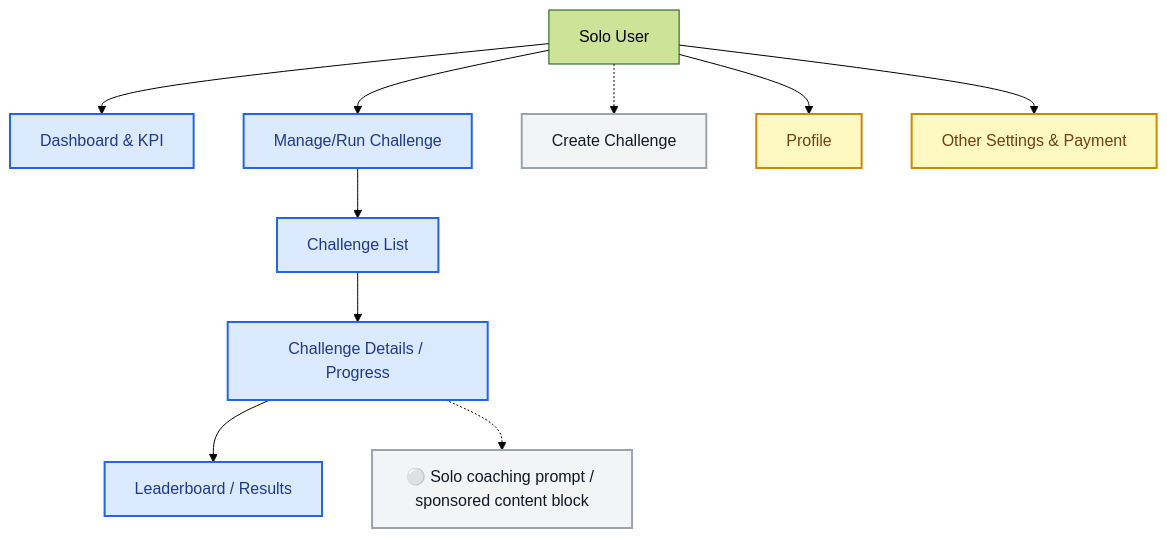
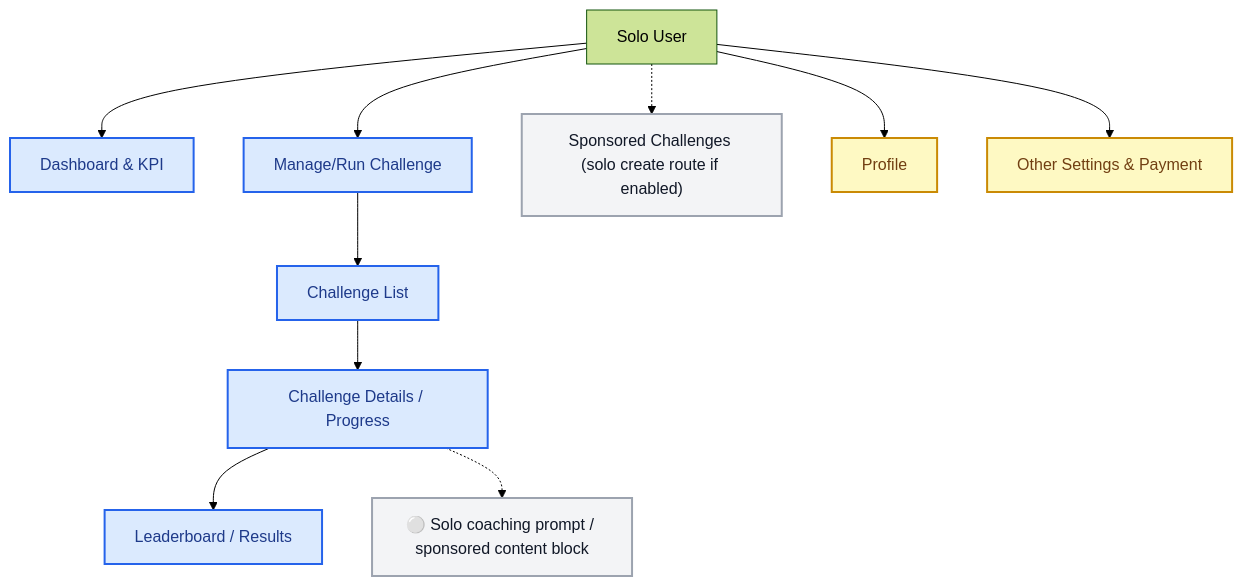
Before and after one commit to jonhazeltine/compass-kpi: diagram 11 of 12 in docs/spec/appendix/INTENDED_WIRING_DIAGRAM.md, drawn with Mermaid (forest theme). The commit also changed other lines of this file and 4 other files, not shown here.

````diff
--- a/docs/spec/appendix/INTENDED_WIRING_DIAGRAM.md
+++ b/docs/spec/appendix/INTENDED_WIRING_DIAGRAM.md
@@ -400,22 +403,22 @@
 ```mermaid
 flowchart TD
   S["Solo User"] --> SD["Dashboard & KPI"]
   S --> SC["Manage/Run Challenge"]
-  S -.-> SCP["Create Challenge"]
+  S -.-> SCP["Sponsored Challenges (solo create route if enabled)"]
   S --> SP["Profile"]
   S --> SS["Other Settings & Payment"]
 
   SC --> SCL["Challenge List"]
   SCL --> SCD["Challenge Details / Progress"]
   SCD --> SCB["Leaderboard / Results"]
   SCD -.-> SCN["⚪ Solo coaching prompt / sponsored content block"]
 
   classDef mvp fill:#dbeafe,stroke:#2563eb,color:#1e3a8a,stroke-width:2px;
   classDef prod fill:#dcfce7,stroke:#16a34a,color:#14532d,stroke-width:2px;
   classDef framed fill:#fef9c3,stroke:#ca8a04,color:#713f12,stroke-width:2px;
   classDef missing fill:#f3f4f6,stroke:#9ca3af,color:#111827,stroke-width:2px;
 
   class SD,SC,SCL,SCD,SCB mvp;
   class SP,SS framed;
   class SCP,SCN missing;
 ```
````
